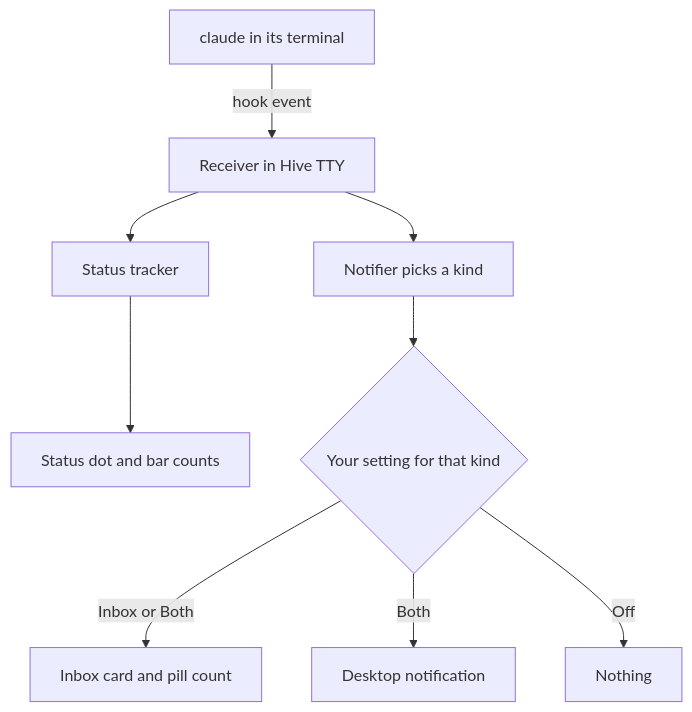
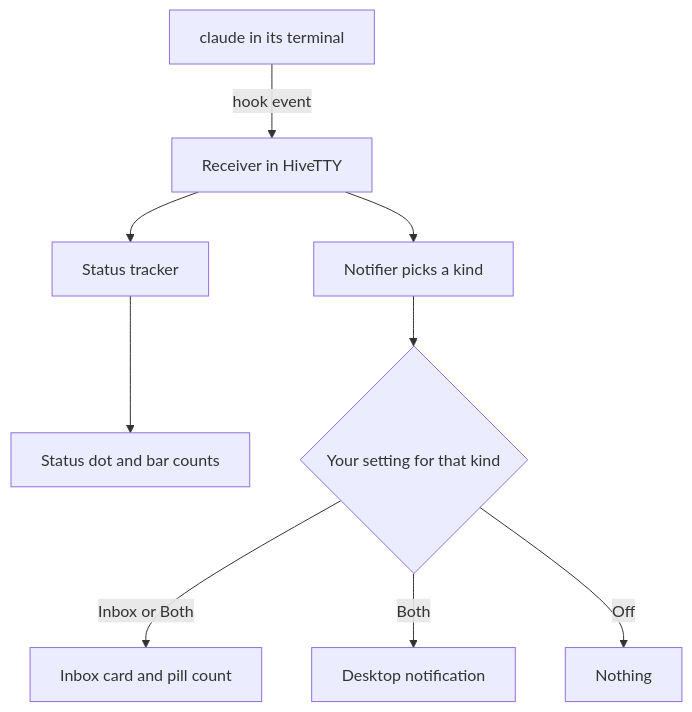
Before and after one commit to behiques/hivetty: the diagram in docs/assets/diagrams/inbox.mmd, drawn with Mermaid. The commit also changed 280 other files, not shown here.

First line of the commit message:
HIVE-242: rename the fork to HiveTTY (#119)

```diff
--- a/docs/assets/diagrams/inbox.mmd
+++ b/docs/assets/diagrams/inbox.mmd
@@ -1,9 +1,9 @@
 flowchart TD
-  claude[claude in its terminal] -->|hook event| rcv[Receiver in Hive TTY]
+  claude[claude in its terminal] -->|hook event| rcv[Receiver in HiveTTY]
   rcv --> trk[Status tracker]
   trk --> dot[Status dot and bar counts]
   rcv --> ntf[Notifier picks a kind]
   ntf --> pref{Your setting for that kind}
   pref -->|Inbox or Both| card[Inbox card and pill count]
   pref -->|Both| toast[Desktop notification]
   pref -->|Off| none[Nothing]
```
